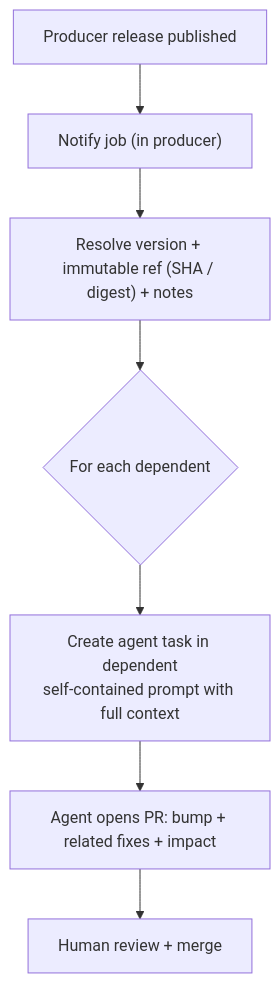
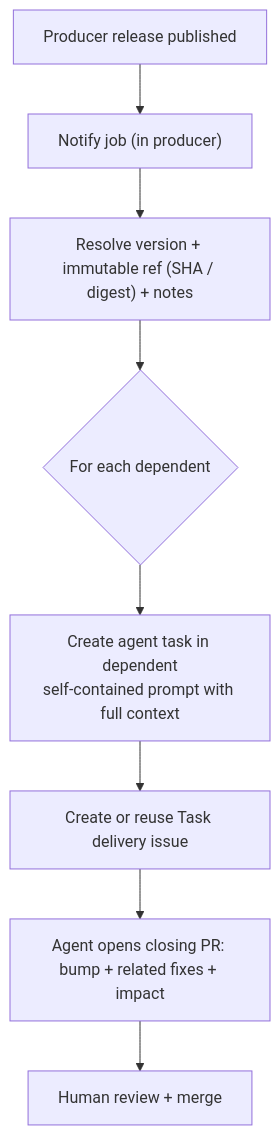
Before and after one commit to MSXOrg/docs: the diagram in src/docs/Capabilities/downstream-release-propagation/design.md, drawn with Mermaid. The commit also changed other lines of this file and 1 other file, not shown here.

Commit message:
📖 [Docs]: Give propagated updates delivery issues

````diff
--- a/src/docs/Capabilities/downstream-release-propagation/design.md
+++ b/src/docs/Capabilities/downstream-release-propagation/design.md
@@ -14,9 +16,10 @@
 ```mermaid
 flowchart TD
   rel["Producer release published"] --> notify["Notify job (in producer)"]
   notify --> resolve["Resolve version + immutable ref (SHA / digest) + notes"]
   resolve --> fan{"For each dependent"}
   fan --> delegate["Create agent task in dependent<br/>self-contained prompt with full context"]
-  delegate --> pr["Agent opens PR: bump + related fixes + impact"]
+  delegate --> issue["Create or reuse Task delivery issue"]
+  issue --> pr["Agent opens closing PR: bump + related fixes + impact"]
   pr --> review["Human review + merge"]
 ```
````
